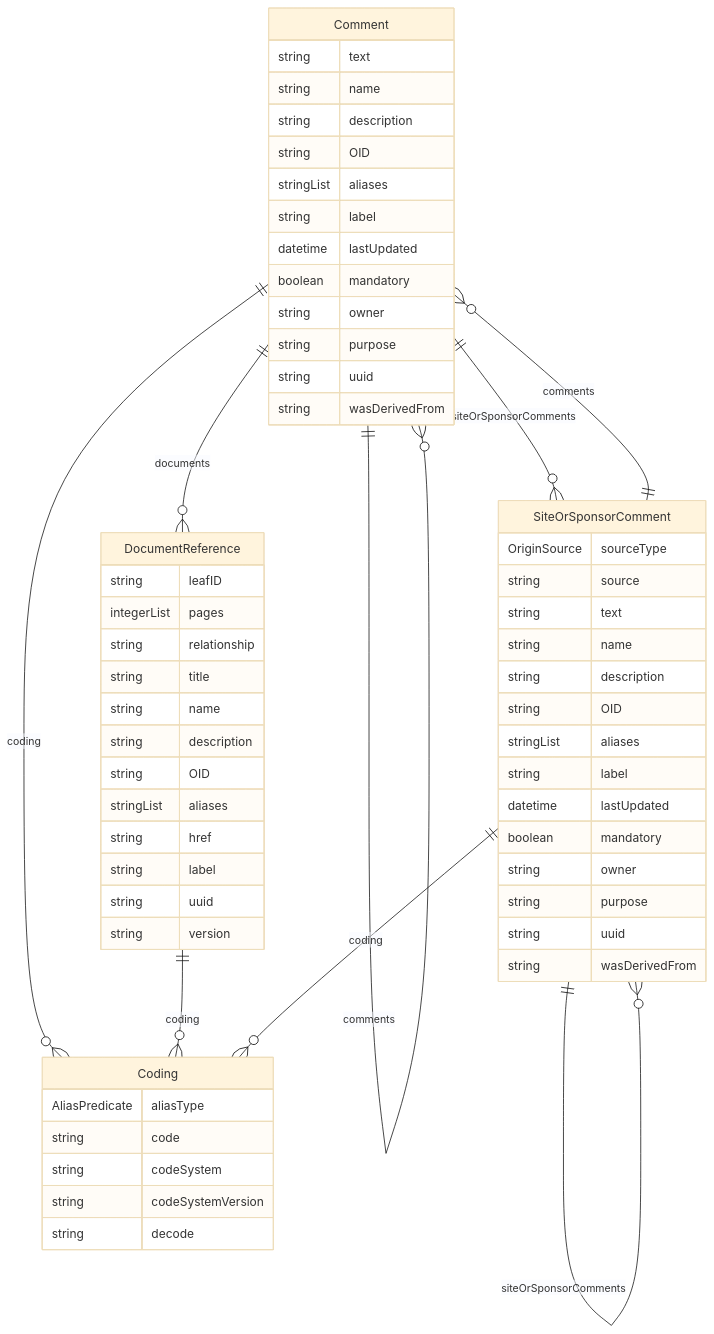
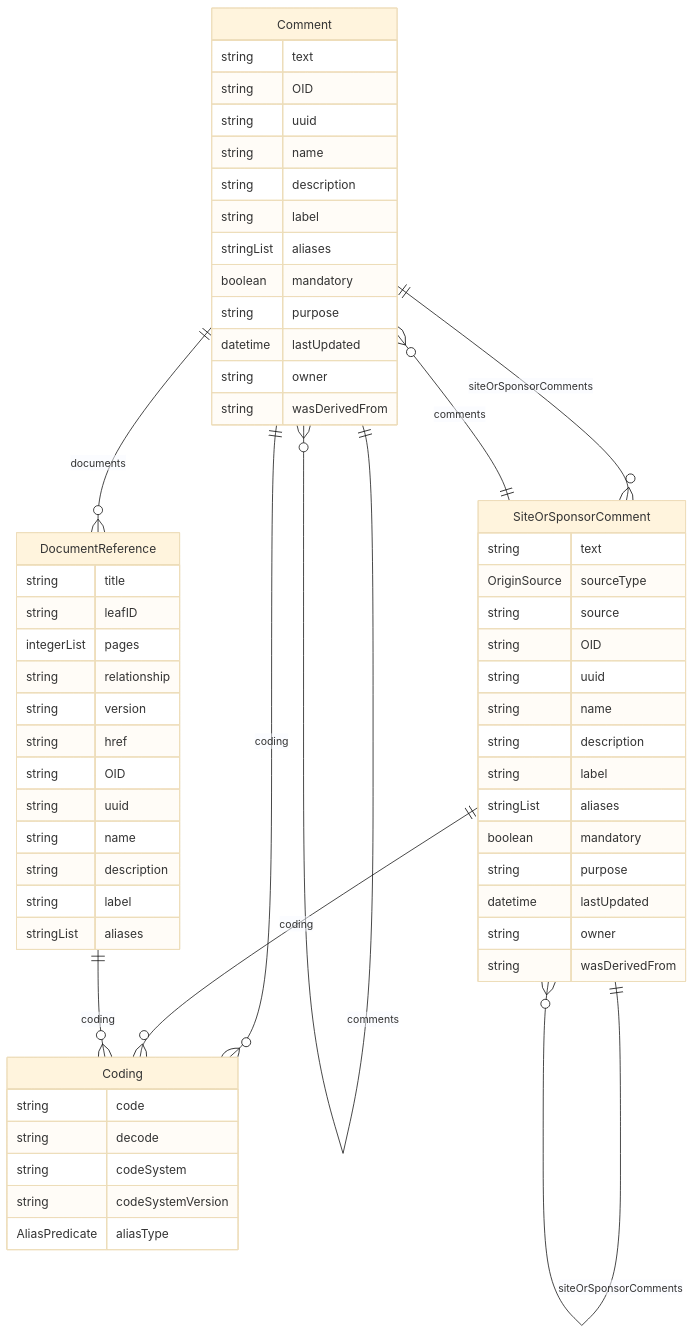
One commit to cdisc-org/DataExchange-DDS changed the diagram in docs/classes/Comment.md. Above: the diagram before and after it, drawn with Mermaid (base theme). The commit also changed other lines of this file and 313 other files, not shown here.

````diff
--- a/docs/classes/Comment.md
+++ b/docs/classes/Comment.md
@@ -20,64 +15,64 @@
 ```mermaid
 erDiagram
+Comment {
+    string text  
+    string OID  
+    string uuid  
+    string name  
+    string description  
+    string label  
+    stringList aliases  
+    boolean mandatory  
+    string purpose  
+    datetime lastUpdated  
+    string owner  
+    string wasDerivedFrom  
+}
+SiteOrSponsorComment {
+    string text  
+    OriginSource sourceType  
+    string source  
+    string OID  
+    string uuid  
+    string name  
+    string description  
+    string label  
+    stringList aliases  
+    boolean mandatory  
+    string purpose  
+    datetime lastUpdated  
+    string owner  
+    string wasDerivedFrom  
+}
 Coding {
-    AliasPredicate aliasType  
     string code  
+    string decode  
     string codeSystem  
     string codeSystemVersion  
-    string decode  
-}
-Comment {
-    string text  
-    string name  
-    string description  
-    string OID  
-    stringList aliases  
-    string label  
-    datetime lastUpdated  
-    boolean mandatory  
-    string owner  
-    string purpose  
-    string uuid  
-    string wasDerivedFrom  
+    AliasPredicate aliasType  
 }
 DocumentReference {
+    string title  
     string leafID  
     integerList pages  
     string relationship  
-    string title  
+    string version  
+    string href  
+    string OID  
+    string uuid  
     string name  
     string description  
-    string OID  
+    string label  
     stringList aliases  
-    string href  
-    string label  
-    string uuid  
-    string version  
-}
-SiteOrSponsorComment {
-    OriginSource sourceType  
-    string source  
-    string text  
-    string name  
-    string description  
-    string OID  
-    stringList aliases  
-    string label  
-    datetime lastUpdated  
-    boolean mandatory  
-    string owner  
-    string purpose  
-    string uuid  
-    string wasDerivedFrom  
 }
 
+Comment ||--}o DocumentReference : "documents"
 Comment ||--}o Coding : "coding"
 Comment ||--}o Comment : "comments"
-Comment ||--}o DocumentReference : "documents"
 Comment ||--}o SiteOrSponsorComment : "siteOrSponsorComments"
-DocumentReference ||--}o Coding : "coding"
 SiteOrSponsorComment ||--}o Coding : "coding"
 SiteOrSponsorComment ||--}o Comment : "comments"
 SiteOrSponsorComment ||--}o SiteOrSponsorComment : "siteOrSponsorComments"
+DocumentReference ||--}o Coding : "coding"
 
 ```
````
